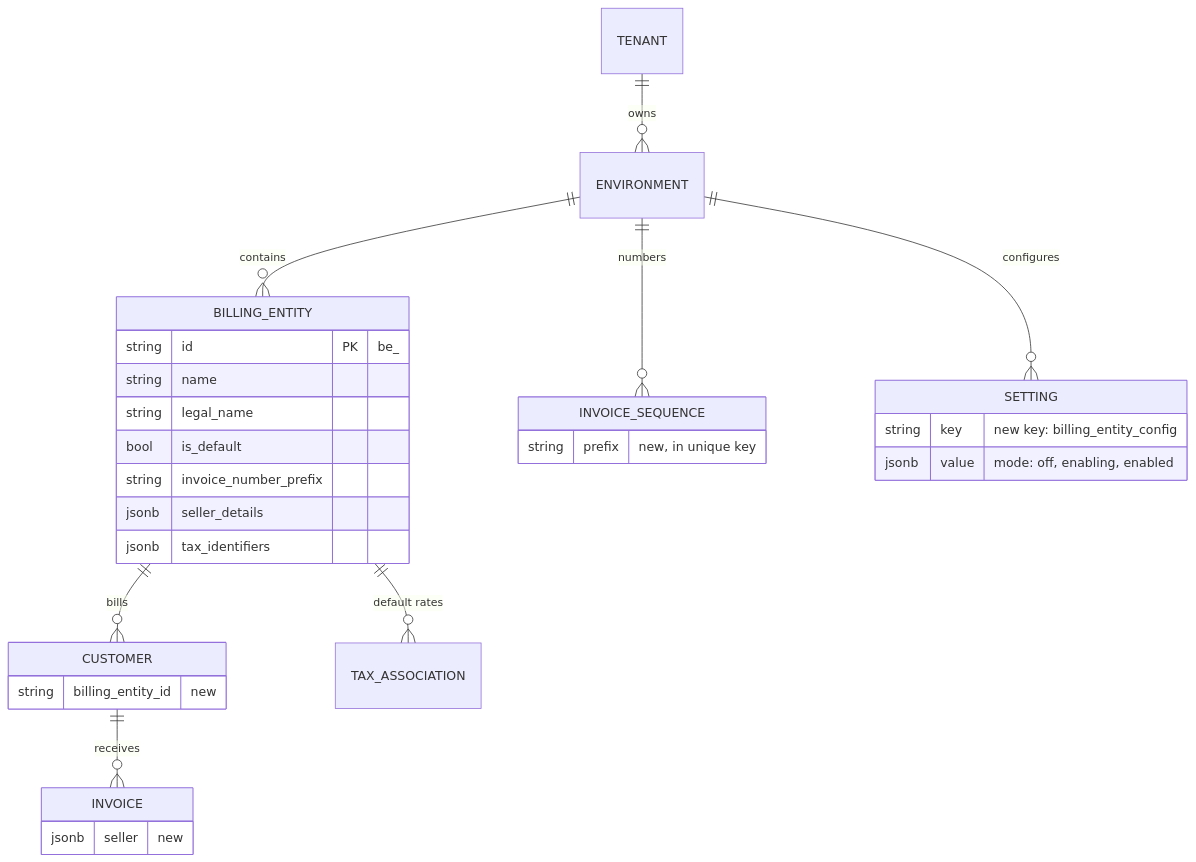
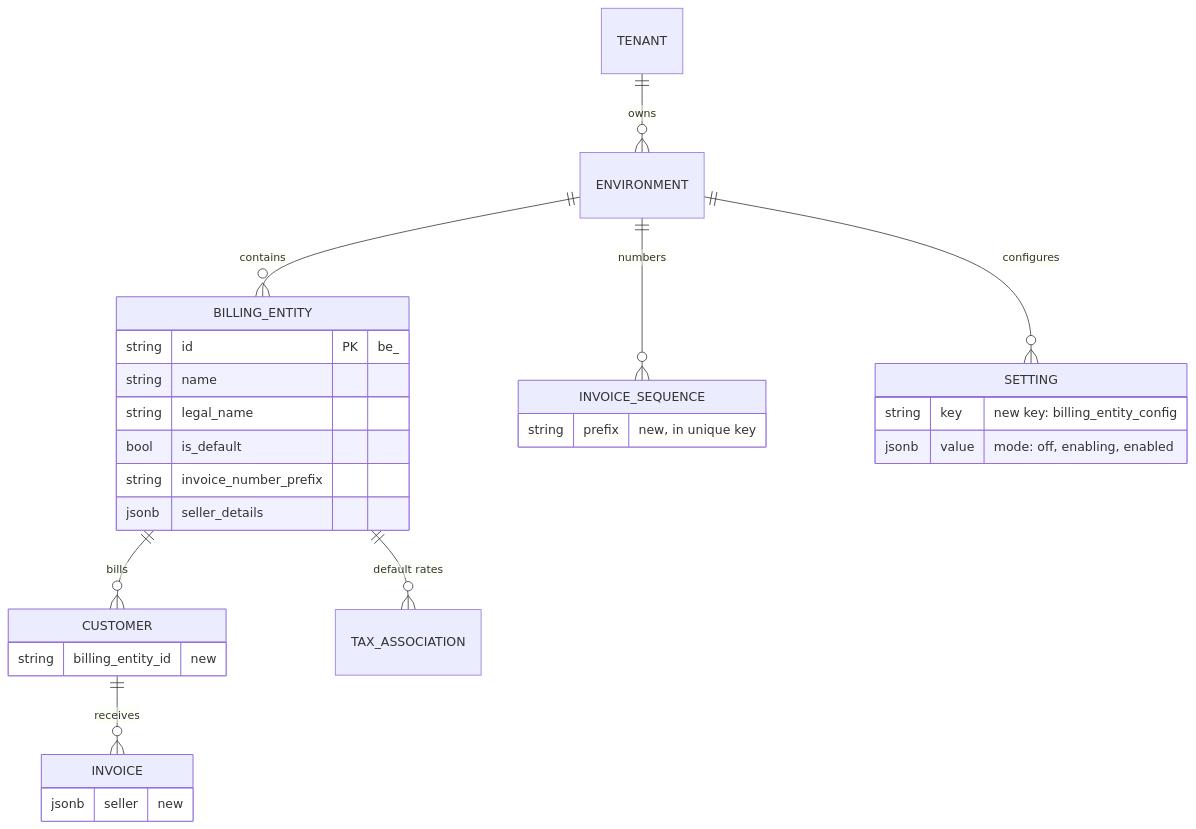
One commit to flexprice/flexprice changed the second of 6 diagrams in docs/design/2026-10-27-billing-entities-p1-erd.md. Above: the diagram before and after it, drawn with Mermaid. The commit also changed other lines of this file and 22 other files, not shown here.

First line of the commit message:
refactor(billing-entities): drop entity tax identifiers

````diff
--- a/docs/design/2026-10-27-billing-entities-p1-erd.md
+++ b/docs/design/2026-10-27-billing-entities-p1-erd.md
@@ -226,32 +225,31 @@
 ```mermaid
 erDiagram
   TENANT ||--o{ ENVIRONMENT : owns
   ENVIRONMENT ||--o{ BILLING_ENTITY : contains
   BILLING_ENTITY ||--o{ CUSTOMER : bills
   BILLING_ENTITY ||--o{ TAX_ASSOCIATION : "default rates"
   CUSTOMER ||--o{ INVOICE : receives
   ENVIRONMENT ||--o{ INVOICE_SEQUENCE : numbers
   ENVIRONMENT ||--o{ SETTING : configures
   SETTING {
     string key "new key: billing_entity_config"
     jsonb value "mode: off, enabling, enabled"
   }
   BILLING_ENTITY {
     string id PK "be_"
     string name
     string legal_name
     bool is_default
     string invoice_number_prefix
     jsonb seller_details
-    jsonb tax_identifiers
   }
   CUSTOMER {
     string billing_entity_id "new"
   }
   INVOICE {
     jsonb seller "new"
   }
   INVOICE_SEQUENCE {
     string prefix "new, in unique key"
   }
 ```
````
